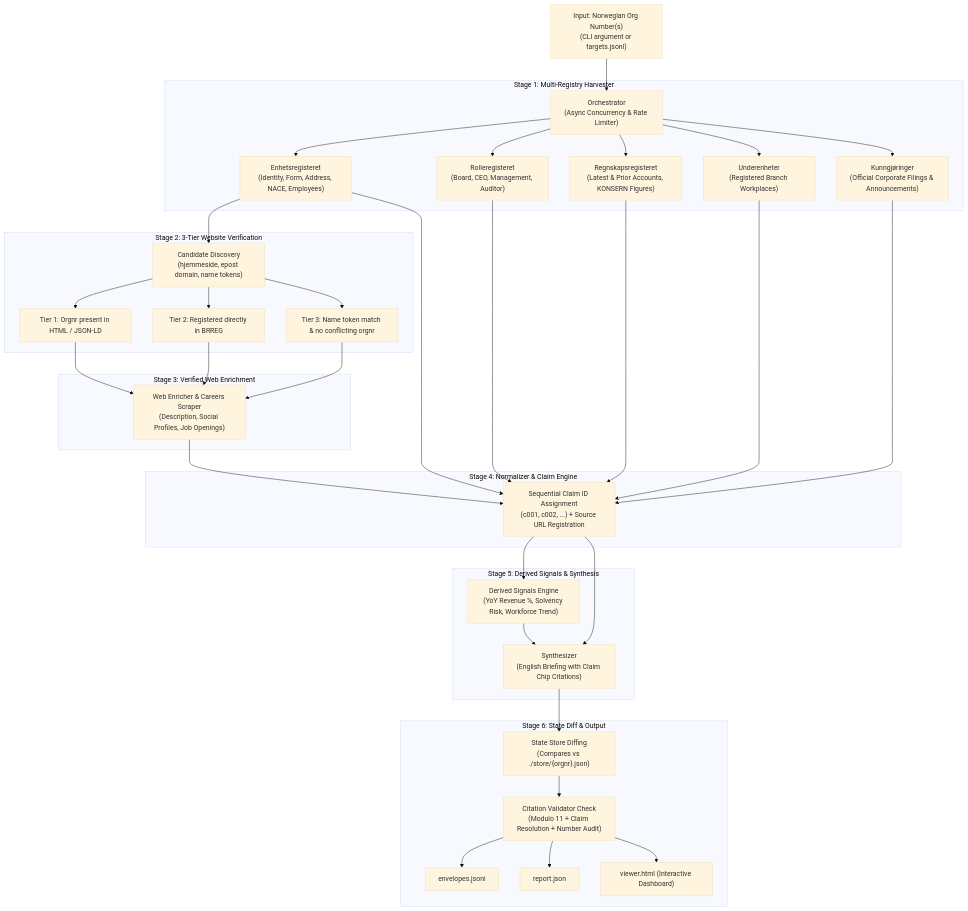
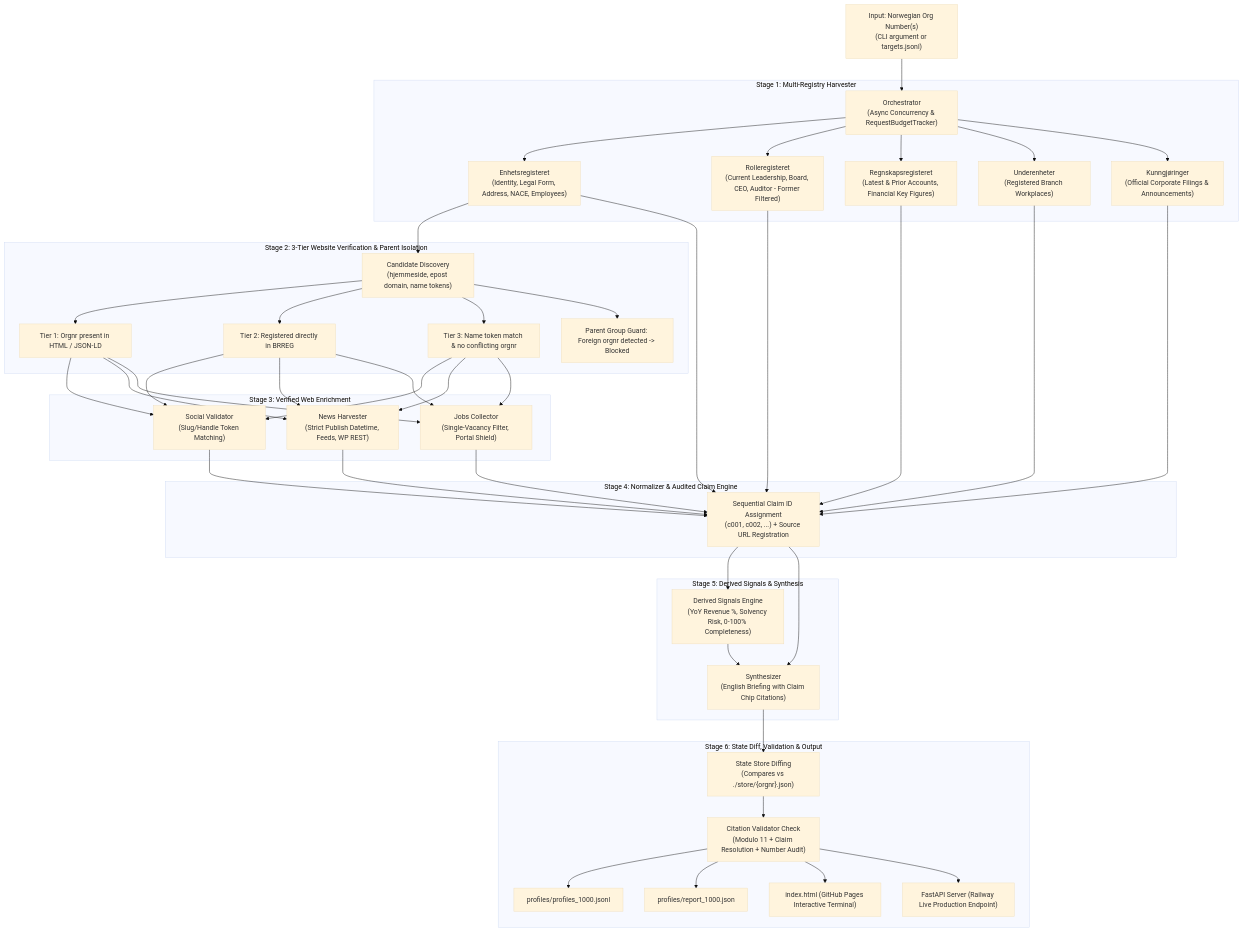
The diagram in README.md (Ken-Kanike/Signalpost_Competition), drawn with Mermaid (base theme) before and after one commit. The commit also changed other lines of this file and 1 other file, not shown here.

Commit message:
docs: enrich README with hero banner, live Railway API, deep PS breakdown, and verified deliverables

````diff
--- a/README.md
+++ b/README.md
@@ -82,40 +135,44 @@
 ```mermaid
 flowchart TD
-    A["Input: Norwegian Org Number(s)\n(CLI argument or targets.jsonl)"] --> B["Orchestrator\n(Async Concurrency & Rate Limiter)"]
+    A["Input: Norwegian Org Number(s)\n(CLI argument or targets.jsonl)"] --> B["Orchestrator\n(Async Concurrency & RequestBudgetTracker)"]
 
     subgraph "Stage 1: Multi-Registry Harvester"
-        B --> C1["Enhetsregisteret\n(Identity, Form, Address, NACE, Employees)"]
-        B --> C2["Rolleregisteret\n(Board, CEO, Management, Auditor)"]
-        B --> C3["Regnskapsregisteret\n(Latest & Prior Accounts, KONSERN Figures)"]
+        B --> C1["Enhetsregisteret\n(Identity, Legal Form, Address, NACE, Employees)"]
+        B --> C2["Rolleregisteret\n(Current Leadership, Board, CEO, Auditor - Former Filtered)"]
+        B --> C3["Regnskapsregisteret\n(Latest & Prior Accounts, Financial Key Figures)"]
         B --> C4["Underenheter\n(Registered Branch Workplaces)"]
         B --> C5["Kunngjøringer\n(Official Corporate Filings & Announcements)"]
     end
 
-    subgraph "Stage 2: 3-Tier Website Verification"
+    subgraph "Stage 2: 3-Tier Website Verification & Parent Isolation"
         C1 --> D["Candidate Discovery\n(hjemmeside, epost domain, name tokens)"]
         D --> D1["Tier 1: Orgnr present in HTML / JSON-LD"]
         D --> D2["Tier 2: Registered directly in BRREG"]
         D --> D3["Tier 3: Name token match & no conflicting orgnr"]
+        D --> D4["Parent Group Guard: Foreign orgnr detected -> Blocked"]
     end
 
     subgraph "Stage 3: Verified Web Enrichment"
-        D1 & D2 & D3 --> E["Web Enricher & Careers Scraper\n(Description, Social Profiles, Job Openings)"]
+        D1 & D2 & D3 --> E1["Social Validator\n(Slug/Handle Token Matching)"]
+        D1 & D2 & D3 --> E2["News Harvester\n(Strict Publish Datetime, Feeds, WP REST)"]
+        D1 & D2 & D3 --> E3["Jobs Collector\n(Single-Vacancy Filter, Portal Shield)"]
     end
 
-    subgraph "Stage 4: Normalizer & Claim Engine"
-        C1 & C2 & C3 & C4 & C5 & E --> F["Sequential Claim ID Assignment\n(c001, c002, ...) + Source URL Registration"]
+    subgraph "Stage 4: Normalizer & Audited Claim Engine"
+        C1 & C2 & C3 & C4 & C5 & E1 & E2 & E3 --> F["Sequential Claim ID Assignment\n(c001, c002, ...) + Source URL Registration"]
     end
 
     subgraph "Stage 5: Derived Signals & Synthesis"
-        F --> G1["Derived Signals Engine\n(YoY Revenue %, Solvency Risk, Workforce Trend)"]
+        F --> G1["Derived Signals Engine\n(YoY Revenue %, Solvency Risk, 0-100% Completeness)"]
         F & G1 --> G2["Synthesizer\n(English Briefing with Claim Chip Citations)"]
     end
 
-    subgraph "Stage 6: State Diff & Output"
+    subgraph "Stage 6: State Diff, Validation & Output"
         G2 --> H1["State Store Diffing\n(Compares vs ./store/{orgnr}.json)"]
         H1 --> H2["Citation Validator Check\n(Modulo 11 + Claim Resolution + Number Audit)"]
-        H2 --> I1["envelopes.jsonl"]
-        H2 --> I2["report.json"]
-        H2 --> I3["viewer.html (Interactive Dashboard)"]
+        H2 --> I1["profiles/profiles_1000.jsonl"]
+        H2 --> I2["profiles/report_1000.json"]
+        H2 --> I3["index.html (GitHub Pages Interactive Terminal)"]
+        H2 --> I4["FastAPI Server (Railway Live Production Endpoint)"]
     end
 ```
````
